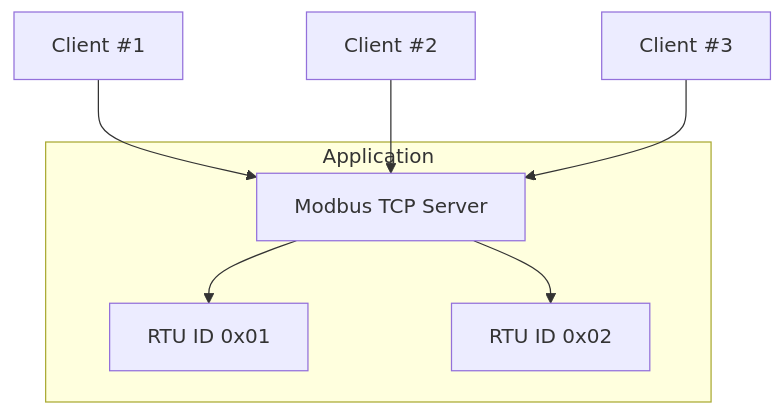
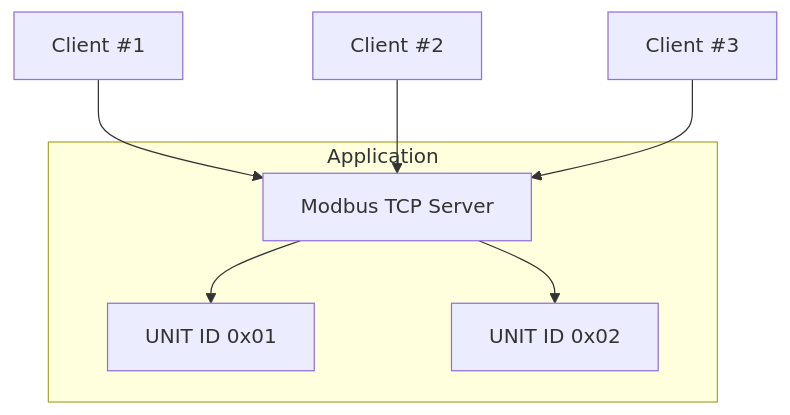
The diagram in guide/docs/api/server/tcp_server.mdx (stepfunc/rodbus), drawn with Mermaid before and after one commit. The commit also changed other lines of this file and 14 other files, not shown here.

````diff
--- a/guide/docs/api/server/tcp_server.mdx
+++ b/guide/docs/api/server/tcp_server.mdx
@@ -18,10 +15,10 @@
 ```mermaid
 graph TD
 A[Client #1] --> D[Modbus TCP Server]
 B[Client #2] --> D
 C[Client #3] --> D
 subgraph Application
-D --> E[RTU ID 0x01]
-D --> F[RTU ID 0x02]
+D --> E[UNIT ID 0x01]
+D --> F[UNIT ID 0x02]
 end
 ```
````
